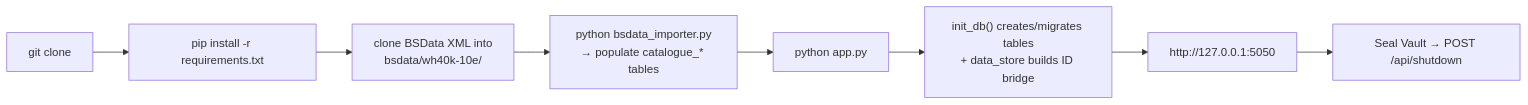
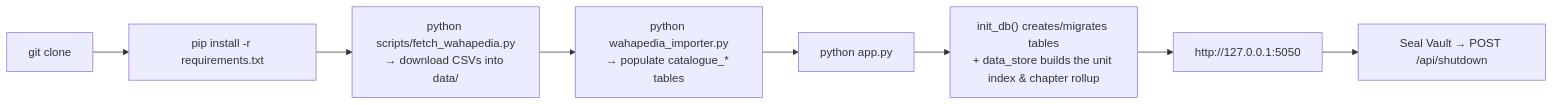
Diagram 12 of 12 in CODEX_ARMORUM_APP_MAP.md (Unfunded8495/Codex-Armorum), drawn with Mermaid before and after one commit. The commit also changed other lines of this file and 14 other files, not shown here.

````diff
--- a/CODEX_ARMORUM_APP_MAP.md
+++ b/CODEX_ARMORUM_APP_MAP.md
@@ -482,10 +496,10 @@
 ```mermaid
 flowchart LR
     A["git clone"] --> B["pip install -r requirements.txt"]
-    B --> C["clone BSData XML into<br/>bsdata/wh40k-10e/"]
-    C --> D["python bsdata_importer.py<br/>→ populate catalogue_* tables"]
+    B --> C["python scripts/fetch_wahapedia.py<br/>→ download CSVs into data/"]
+    C --> D["python wahapedia_importer.py<br/>→ populate catalogue_* tables"]
     D --> E["python app.py"]
-    E --> F["init_db() creates/migrates tables<br/>+ data_store builds ID bridge"]
+    E --> F["init_db() creates/migrates tables<br/>+ data_store builds the unit index & chapter rollup"]
     F --> G["http://127.0.0.1:5050"]
     G --> H["Seal Vault → POST /api/shutdown"]
 ```
````
